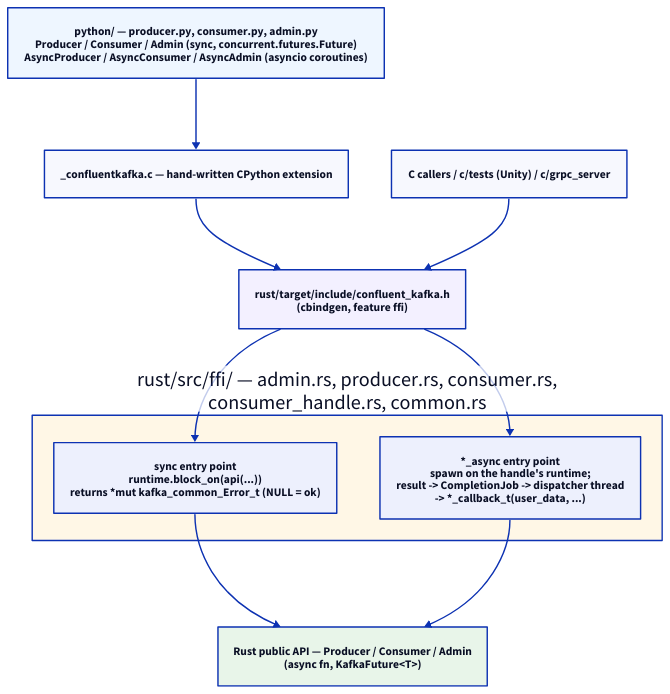
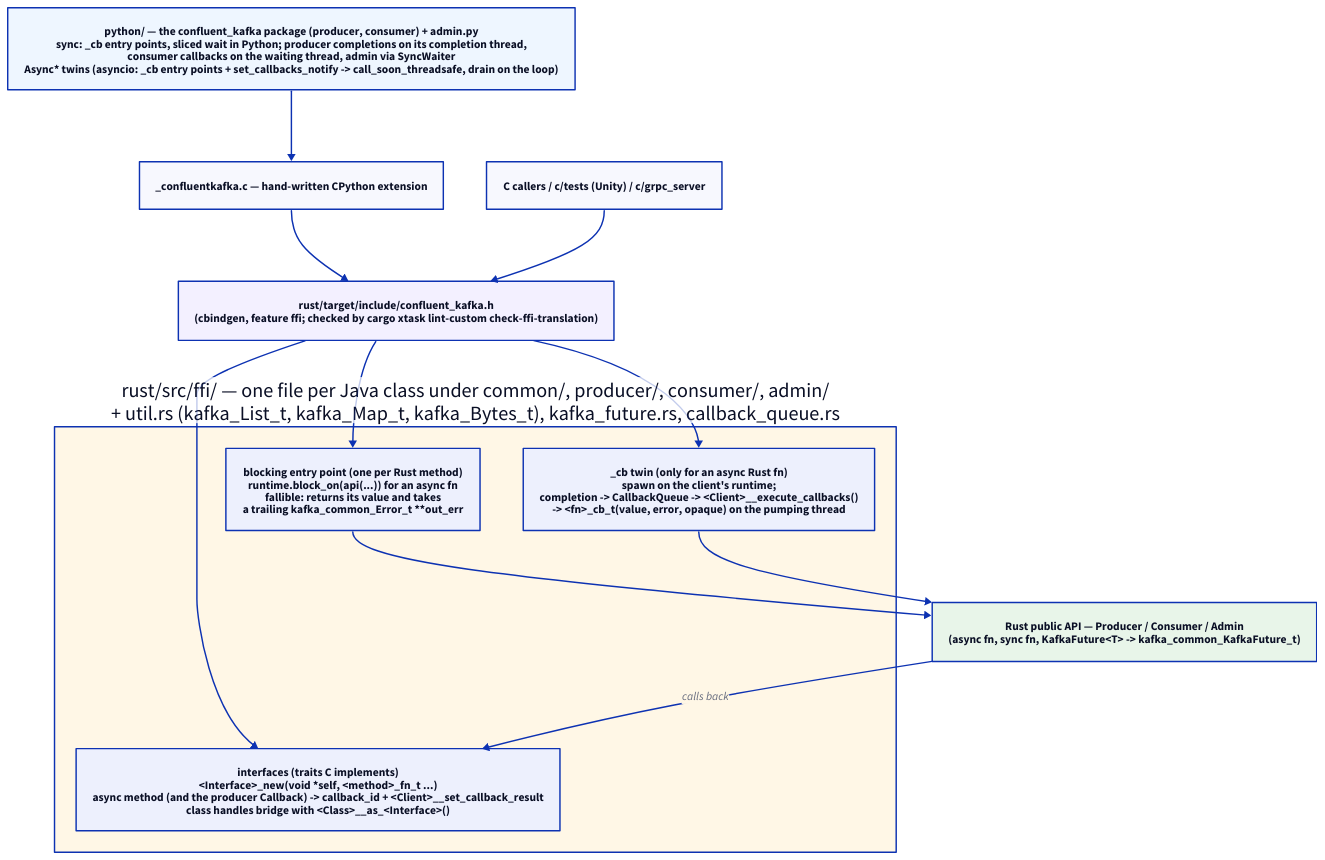
Before and after one commit to confluentinc/kafka-clients: the diagram in design/current/img/bindings-layering.d2, drawn with D2. The commit also changed 925 other files, not shown here.

First line of the commit message:
C FFI per CLAUDE.md §4 with lint enforcement; Python and C clients on the new C API (#251)

```diff
--- a/design/current/img/bindings-layering.d2
+++ b/design/current/img/bindings-layering.d2
@@ -1,39 +1,44 @@
 # How the C and Python bindings sit on the async Rust API.
 #
 # Source of truth for design/current/img/bindings-layering.svg.
 # Render with: make -C design/current d2
 #
-# The point of this diagram: every blocking operation crosses the C ABI in
-# two shapes -- a sync entry point that block_on's on the handle's own
-# runtime, and an *_async entry point whose result reaches the caller on a
-# dispatcher thread -- and both bindings are thin layers over those two.
+# The point of this diagram: the C API mirrors the Rust (and so the Java)
+# surface one-to-one under CLAUDE.md §4 -- a blocking entry point per Rust
+# `async fn` plus a `_cb` twin whose completion is queued on the client's
+# callbacks vector and run by `__execute_callbacks` on a caller thread; a
+# sync Rust `fn` crosses once. No Rust thread ever runs a user callback.
+# Both bindings are thin layers over that surface.
 
 direction: down
 
-py: "python/ — producer.py, consumer.py, admin.py\nProducer / Consumer / Admin (sync, concurrent.futures.Future)\nAsyncProducer / AsyncConsumer / AsyncAdmin (asyncio coroutines)" {
+py: "python/ — the confluent_kafka package (producer, consumer) + admin.py\nsync: _cb entry points, sliced wait in Python; producer completions on its completion thread,\nconsumer callbacks on the waiting thread, admin via SyncWaiter\nAsync* twins (asyncio: _cb entry points + set_callbacks_notify -> call_soon_threadsafe, drain on the loop)" {
   style.fill: "#eef6ff"
 }
 pyext: "_confluentkafka.c — hand-written CPython extension"
 c: "C callers / c/tests (Unity) / c/grpc_server"
 
-header: "rust/target/include/confluent_kafka.h\n(cbindgen, feature ffi)" {
+header: "rust/target/include/confluent_kafka.h\n(cbindgen, feature ffi; checked by cargo xtask lint-custom check-ffi-translation)" {
   style.fill: "#f3f0ff"
 }
 
-ffi: "rust/src/ffi/ — admin.rs, producer.rs, consumer.rs,\nconsumer_handle.rs, common.rs" {
+ffi: "rust/src/ffi/ — one file per Java class under common/, producer/, consumer/, admin/\n+ util.rs (kafka_List_t, kafka_Map_t, kafka_Bytes_t), kafka_future.rs, callback_queue.rs" {
   style.fill: "#fff7e6"
 
-  sync: "sync entry point\nruntime.block_on(api(...))\nreturns *mut kafka_common_Error_t (NULL = ok)"
-  async: "*_async entry point\nspawn on the handle's runtime;\nresult -> CompletionJob -> dispatcher thread\n-> *_callback_t(user_data, ...)"
+  sync: "blocking entry point (one per Rust method)\nruntime.block_on(api(...)) for an async fn\nfallible: returns its value and takes\na trailing kafka_common_Error_t **out_err"
+  cb: "_cb twin (only for an async Rust fn)\nspawn on the client's runtime;\ncompletion -> CallbackQueue -> <Client>__execute_callbacks()\n-> <fn>_cb_t(value, error, opaque) on the pumping thread"
+  iface: "interfaces (traits C implements)\n<Interface>_new(void *self, <method>_fn_t ...)\nasync method (and the producer Callback) -> callback_id + <Client>__set_callback_result\nclass handles bridge with <Class>__as_<Interface>()"
 }
 
-core: "Rust public API — Producer / Consumer / Admin\n(async fn, KafkaFuture<T>)" {
+core: "Rust public API — Producer / Consumer / Admin\n(async fn, sync fn, KafkaFuture<T> -> kafka_common_KafkaFuture_t)" {
   style.fill: "#e8f5e9"
 }
 
 py -> pyext -> header
 c -> header
 header -> ffi.sync
-header -> ffi.async
+header -> ffi.cb
+header -> ffi.iface
 ffi.sync -> core
-ffi.async -> core
+ffi.cb -> core
+core -> ffi.iface: "calls back"
```
